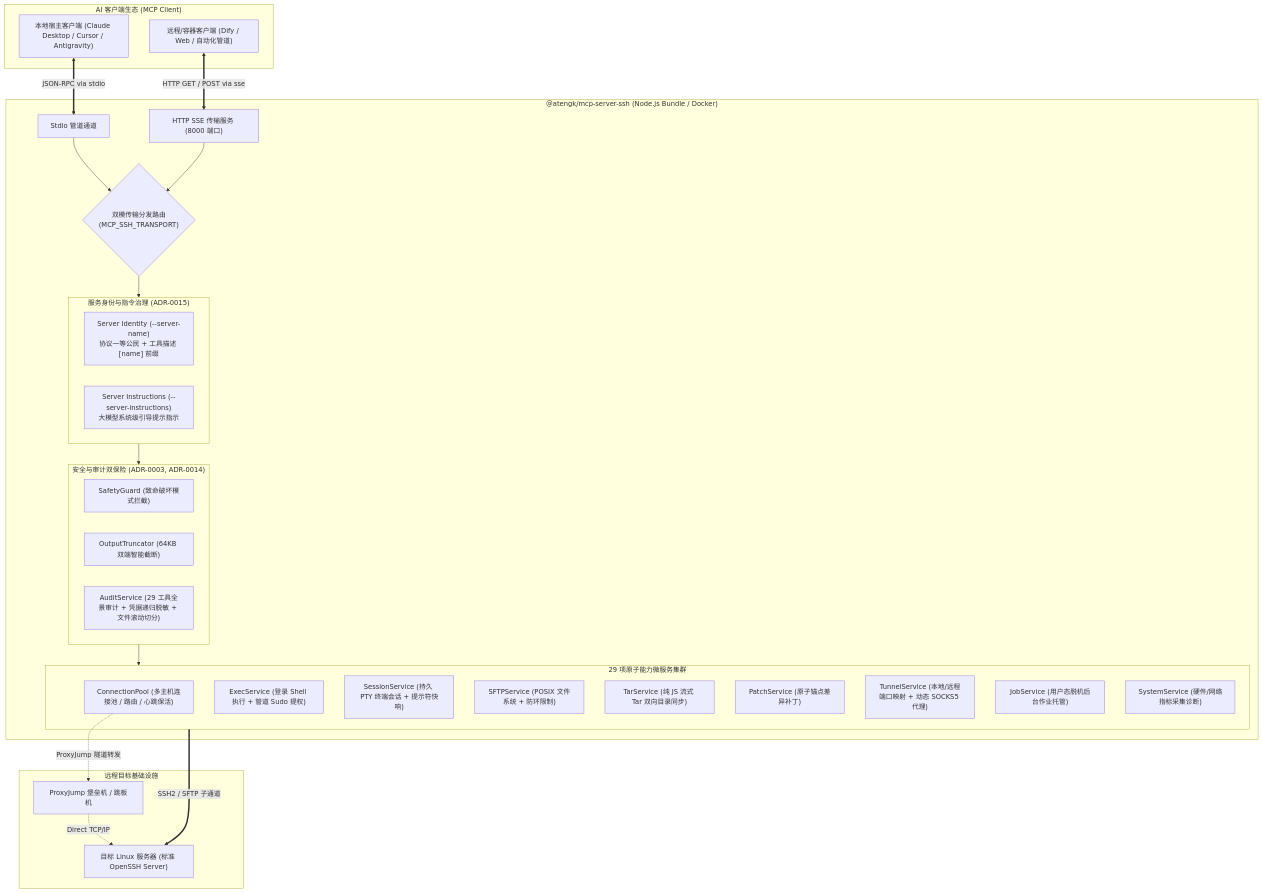
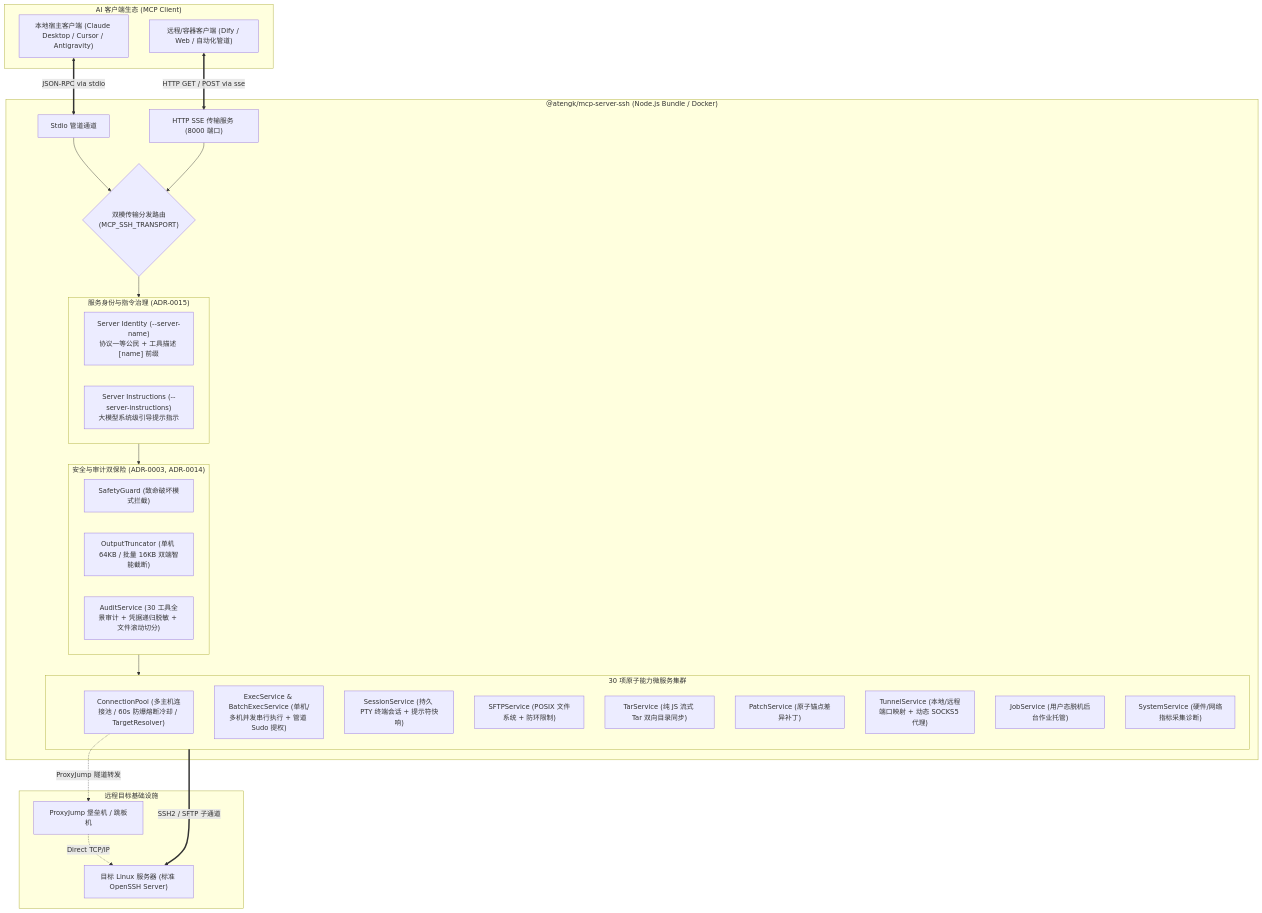
Before and after one commit to atengk/mcp-server-ssh: the diagram in README.md, drawn with Mermaid. The commit also changed other lines of this file and 1 other file, not shown here.

````diff
--- a/README.md
+++ b/README.md
@@ -883,52 +1072,52 @@
 ```mermaid
 flowchart TD
     subgraph ClientSide ["AI 客户端生态 (MCP Client)"]
         LocalClient["本地宿主客户端 (Claude Desktop / Cursor / Antigravity)"]
         RemoteClient["远程/容器客户端 (Dify / Web / 自动化管道)"]
     end
     
     subgraph MCP_Server["@atengk/mcp-server-ssh (Node.js Bundle / Docker)"]
         Transport{"双模传输分发路由\n(MCP_SSH_TRANSPORT)"}
         Stdio["Stdio 管道通道"]
         SSE["HTTP SSE 传输服务 (8000 端口)"]
         
         subgraph Multi_Instance["服务身份与指令治理 (ADR-0015)"]
             Identity["Server Identity (--server-name)\n协议一等公民 + 工具描述 [name] 前缀"]
             Instructions["Server Instructions (--server-instructions)\n大模型系统级引导提示指示"]
         end
 
         subgraph Security_Audit["安全与审计双保险 (ADR-0003, ADR-0014)"]
             Guard["SafetyGuard (致命破坏模式拦截)"]
-            Truncator["OutputTruncator (64KB 双端智能截断)"]
-            Audit["AuditService (29 工具全景审计 + 凭据递归脱敏 + 文件滚动切分)"]
+            Truncator["OutputTruncator (单机 64KB / 批量 16KB 双端智能截断)"]
+            Audit["AuditService (30 工具全景审计 + 凭据递归脱敏 + 文件滚动切分)"]
         end
         
-        subgraph Core_Services["29 项原子能力微服务集群"]
-            ConnPool["ConnectionPool (多主机连接池 / 路由 / 心跳保活)"]
-            Exec["ExecService (登录 Shell 执行 + 管道 Sudo 提权)"]
+        subgraph Core_Services["30 项原子能力微服务集群"]
+            ConnPool["ConnectionPool (多主机连接池 / 60s 防爆熔断冷却 / TargetResolver)"]
+            Exec["ExecService & BatchExecService (单机/多机并发串行执行 + 管道 Sudo 提权)"]
             Session["SessionService (持久 PTY 终端会话 + 提示符快响)"]
             SFTP["SFTPService (POSIX 文件系统 + 防环限制)"]
             TarStream["TarService (纯 JS 流式 Tar 双向目录同步)"]
             Patcher["PatchService (原子锚点差异补丁)"]
             Tunnel["TunnelService (本地/远程端口映射 + 动态 SOCKS5 代理)"]
             Job["JobService (用户态脱机后台作业托管)"]
             System["SystemService (硬件/网络指标采集诊断)"]
         end
     end
     
     subgraph Remote_Network["远程目标基础设施"]
         Bastion["ProxyJump 堡垒机 / 跳板机"]
         LinuxHost["目标 Linux 服务器 (标准 OpenSSH Server)"]
     end
     
     LocalClient <==>|JSON-RPC via stdio| Stdio
     RemoteClient <==>|HTTP GET / POST via sse| SSE
     Stdio --> Transport
     SSE --> Transport
     Transport --> Multi_Instance
     Multi_Instance --> Security_Audit
     Security_Audit --> Core_Services
     ConnPool -.->|ProxyJump 隧道转发| Bastion
     Bastion -.->|Direct TCP/IP| LinuxHost
     Core_Services ===>|SSH2 / SFTP 子通道| LinuxHost
 ```
````
